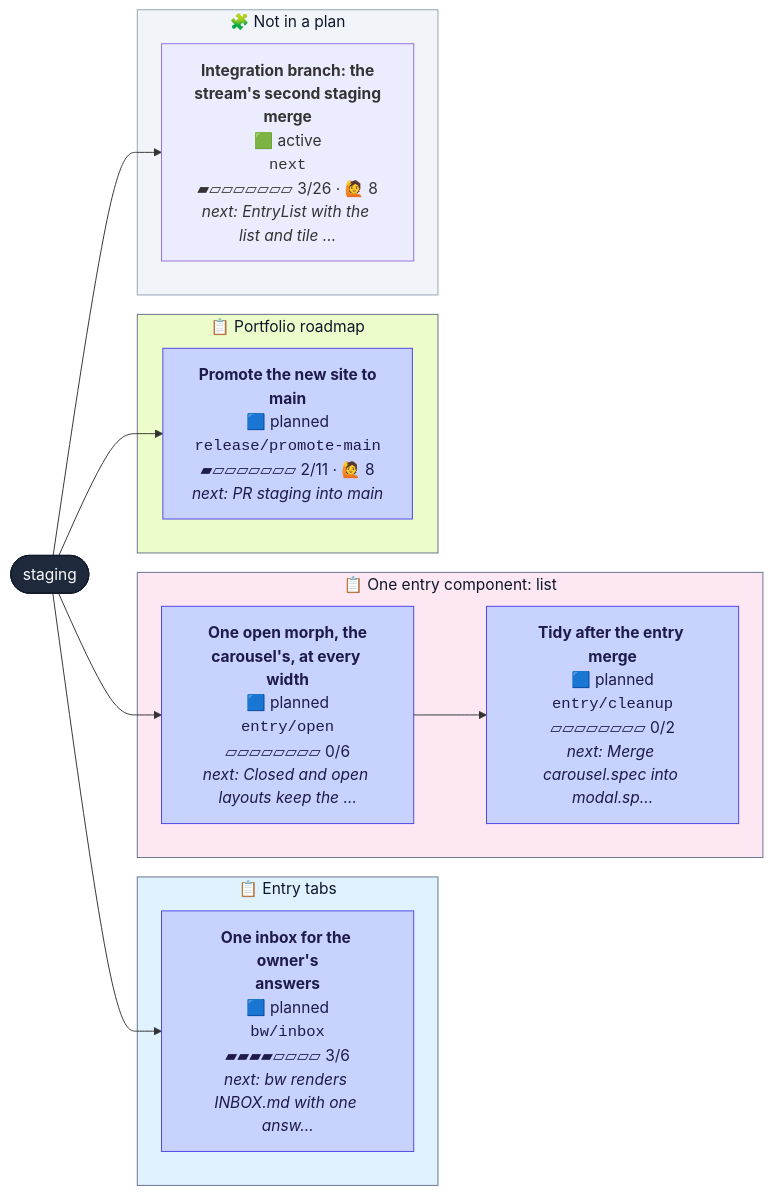
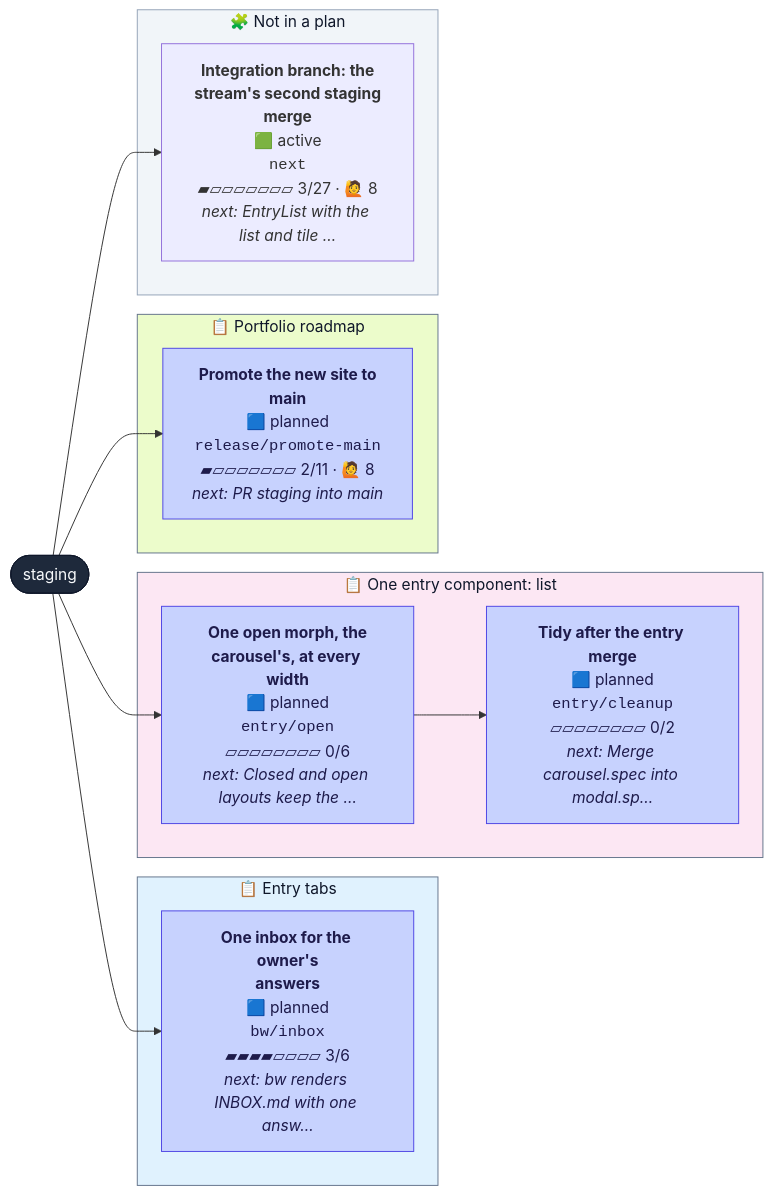
The diagram in CONTRIBUTING.md (henryjonescodes/portfolio), drawn with Mermaid before and after one commit. The commit also changed other lines of this file, not shown here.

````diff
--- a/CONTRIBUTING.md
+++ b/CONTRIBUTING.md
@@ -16,38 +16,38 @@
 ```mermaid
 flowchart LR
   n_staging([staging])
   class n_staging trunk
   subgraph plan_0["📋 Entry tabs"]
     n_bw_inbox["<b>One inbox for the owner's<br/>answers</b><br/>🟦 planned<br/><code>bw/inbox</code><br/>▰▰▰▰▱▱▱▱ 3/6<br/><i>next: bw renders INBOX.md with one answ…</i>"]
     class n_bw_inbox planned
   end
   style plan_0 fill:#e0f2fe,stroke:#64748b,color:#0f172a
   subgraph plan_1["📋 One entry component: list"]
     n_entry_cleanup["<b>Tidy after the entry merge</b><br/>🟦 planned<br/><code>entry/cleanup</code><br/>▱▱▱▱▱▱▱▱ 0/2<br/><i>next: Merge carousel.spec into modal.sp…</i>"]
     class n_entry_cleanup planned
     n_entry_open["<b>One open morph, the<br/>carousel's, at every width</b><br/>🟦 planned<br/><code>entry/open</code><br/>▱▱▱▱▱▱▱▱ 0/6<br/><i>next: Closed and open layouts keep the …</i>"]
     class n_entry_open planned
   end
   style plan_1 fill:#fce7f3,stroke:#64748b,color:#0f172a
   subgraph plan_2["📋 Portfolio roadmap"]
     n_release_promote_main["<b>Promote the new site to<br/>main</b><br/>🟦 planned<br/><code>release/promote-main</code><br/>▰▱▱▱▱▱▱▱ 2/11 · 🙋 8<br/><i>next: PR staging into main</i>"]
     class n_release_promote_main planned
   end
   style plan_2 fill:#ecfccb,stroke:#64748b,color:#0f172a
   subgraph loose["🧩 Not in a plan"]
-    n_next["<b>Integration branch: the<br/>stream's second staging<br/>merge</b><br/>🟩 active<br/><code>next</code><br/>▰▱▱▱▱▱▱▱ 3/26 · 🙋 8<br/><i>next: EntryList with the list and tile …</i>"]
+    n_next["<b>Integration branch: the<br/>stream's second staging<br/>merge</b><br/>🟩 active<br/><code>next</code><br/>▰▱▱▱▱▱▱▱ 3/27 · 🙋 8<br/><i>next: EntryList with the list and tile …</i>"]
     class n_next active,current
   end
   style loose fill:#f1f5f9,stroke:#94a3b8,color:#0f172a
   n_staging --> n_bw_inbox
   n_entry_open --> n_entry_cleanup
   n_staging --> n_entry_open
   n_staging --> n_next
   n_staging --> n_release_promote_main
   classDef planned fill:#c7d2fe,stroke:#4f46e5,color:#1e1b4b
   classDef active fill:#bbf7d0,stroke:#16a34a,stroke-width:3px,color:#052e16
   classDef review fill:#fde68a,stroke:#d97706,stroke-width:3px,color:#451a03
   classDef blocked fill:#fecaca,stroke:#dc2626,stroke-width:3px,color:#450a0a
   classDef trunk fill:#1e293b,stroke:#0f172a,color:#f8fafc
   classDef current stroke:#0ea5e9,stroke-width:5px
 ```
````
